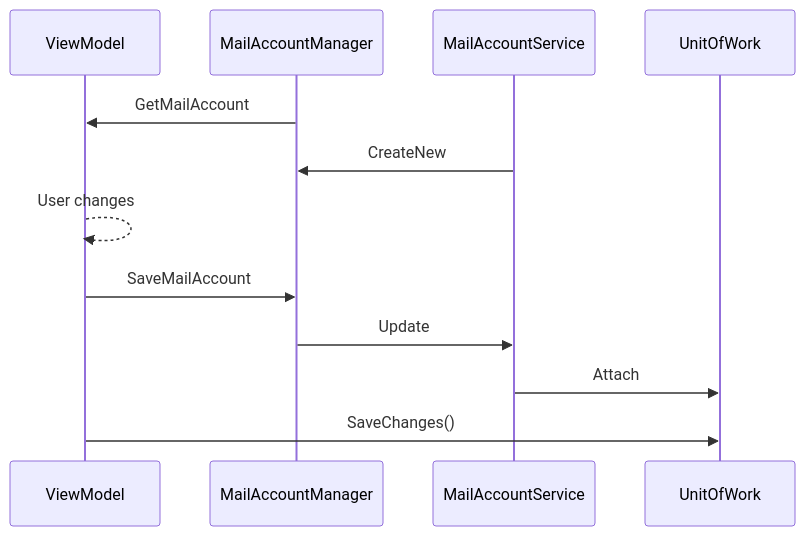
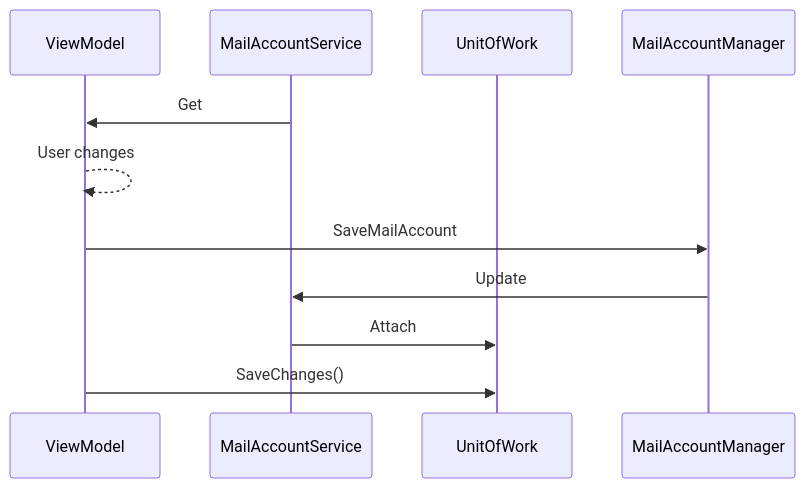
Before and after one commit to jan-schubert/Mailie: the second of 2 diagrams in Documentation/Settings.md, drawn with Mermaid. The commit also changed other lines of this file, not shown here.

````diff
--- a/Documentation/Settings.md
+++ b/Documentation/Settings.md
@@ -19,15 +17,13 @@
 ```mermaid
 sequenceDiagram
 participant ViewModel
-participant MailAccountManager
 participant MailAccountService
 participant UnitOfWork
 
-MailAccountManager->>ViewModel: GetMailAccount
-MailAccountService->>MailAccountManager: CreateNew
+MailAccountService->>ViewModel: Get
 ViewModel-->>ViewModel: User changes
 ViewModel->>MailAccountManager: SaveMailAccount
 MailAccountManager->>MailAccountService: Update
 MailAccountService->>UnitOfWork: Attach
 ViewModel->>UnitOfWork: SaveChanges()
 ```
````
